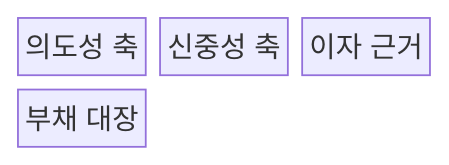
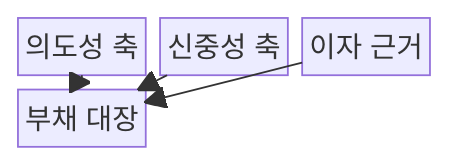
Before and after one commit to agnusdei1207/knowledge-base: the first of 2 diagrams in src/content/docs/notes/03-software/066_technical_debt_quadrant.md, drawn with Mermaid. The commit also changed other lines of this file and 20 other files, not shown here.

````diff
--- a/src/content/docs/notes/03-software/066_technical_debt_quadrant.md
+++ b/src/content/docs/notes/03-software/066_technical_debt_quadrant.md
@@ -53,8 +55,11 @@
 ```mermaid
-block-beta
+block
   columns 3
   I["의도성 축"]
   P["신중성 축"]
   E["이자 근거"]
   R["부채 대장"]
+  I --> R
+  P --> R
+  E --> R
 ```
````
